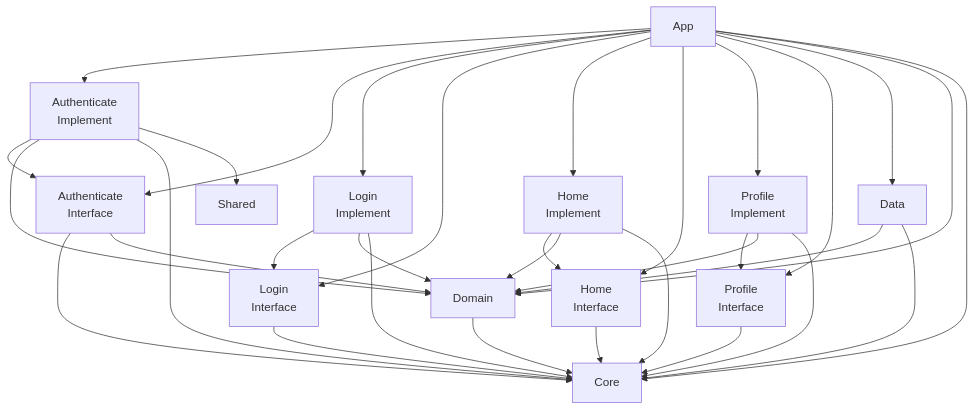
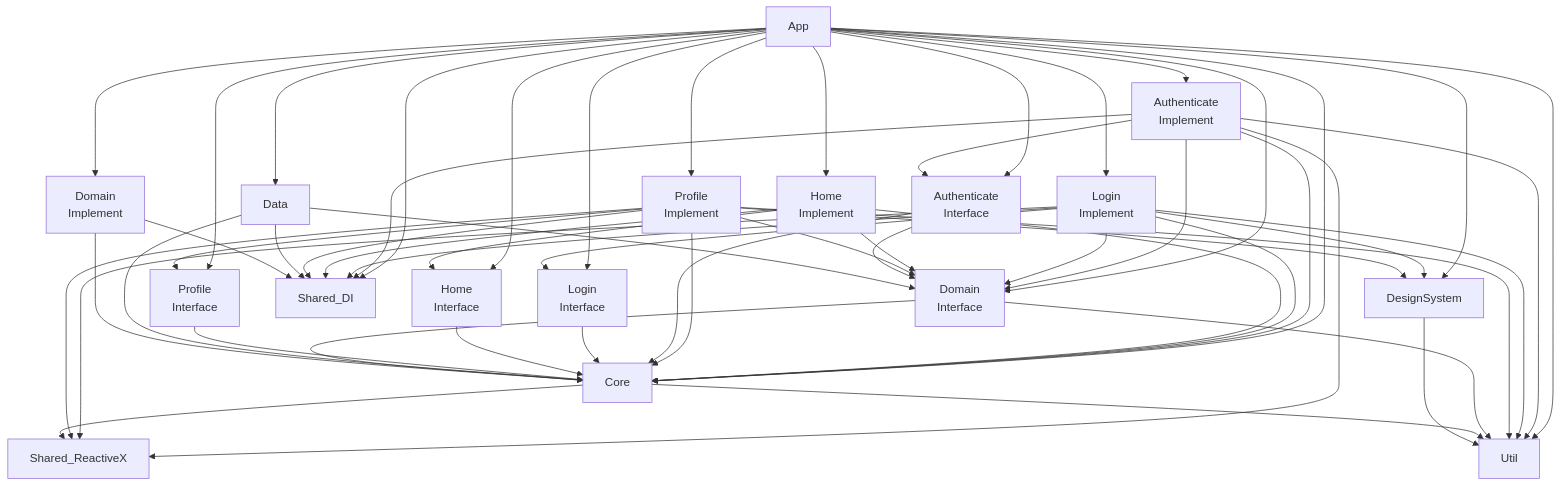
One commit to 23ji/09Market changed the third of 3 diagrams in docs/01.Auth/Auth.md. Above: the diagram before and after it, drawn with Mermaid. The commit also changed other lines of this file, not shown here.

Commit message:
[DOCS] Auth 설계 문서 v1.1 업데이트: 모듈 구조 변경 및 Pure DI 반영

````diff
--- a/docs/01.Auth/Auth.md
+++ b/docs/01.Auth/Auth.md
@@ -215,39 +245,47 @@
 ```mermaid
 graph TB
     App[App]
 
     AuthImpl[Authenticate<br/>Implement]
     AuthI[Authenticate<br/>Interface]
     LoginImpl[Login<br/>Implement]
     LoginI[Login<br/>Interface]
     HomeImpl[Home<br/>Implement]
     HomeI[Home<br/>Interface]
     ProfileImpl[Profile<br/>Implement]
     ProfileI[Profile<br/>Interface]
 
     Data[Data]
-    Domain[Domain]
-    Shared[Shared]
+    DomainI[Domain<br/>Interface]
+    DomainImpl[Domain<br/>Implement]
     Core[Core]
+    Util[Util]
+    DS[DesignSystem]
+    SharedRx[Shared_ReactiveX]
+    SharedDI[Shared_DI]
 
     App --> AuthImpl & AuthI
     App --> LoginImpl & LoginI
     App --> HomeImpl & HomeI
     App --> ProfileImpl & ProfileI
     App --> Data
-    App --> Domain
-    App --> Core
+    App --> DomainI & DomainImpl
+    App --> Core & Util & DS
+    App --> SharedDI
 
-    AuthImpl --> AuthI & Domain & Core & Shared
-    LoginImpl --> LoginI & Domain & Core
-    HomeImpl --> HomeI & Domain & Core
-    ProfileImpl --> ProfileI & Domain & Core
+    AuthImpl --> AuthI & DomainI & Core & Util & SharedRx & SharedDI
+    LoginImpl --> LoginI & DomainI & Core & Util & DS & SharedRx & SharedDI
+    HomeImpl --> HomeI & DomainI & Core & SharedDI
+    ProfileImpl --> ProfileI & DomainI & Core & DS & SharedRx & SharedDI & Util
 
-    AuthI --> Core & Domain
+    AuthI --> Core & DomainI
     LoginI --> Core
     HomeI --> Core
     ProfileI --> Core
 
-    Data --> Domain & Core
-    Domain --> Core
+    Data --> DomainI & Core & SharedDI
+    DomainI --> Core & Util
+    DomainImpl --> Core & SharedDI
+    Core --> Util & SharedRx
+    DS --> Util
 ```
````
